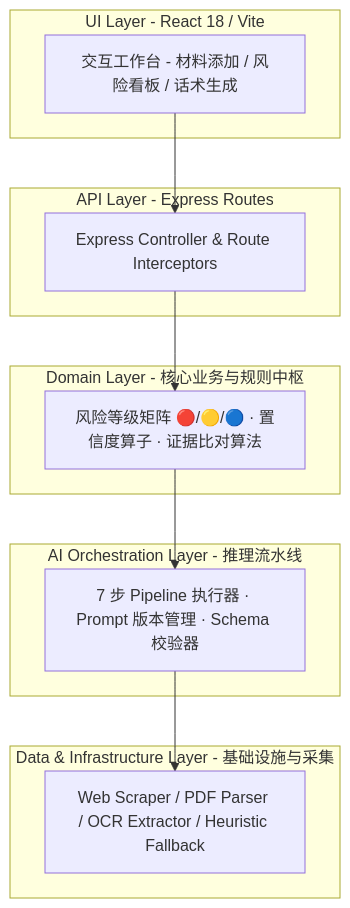
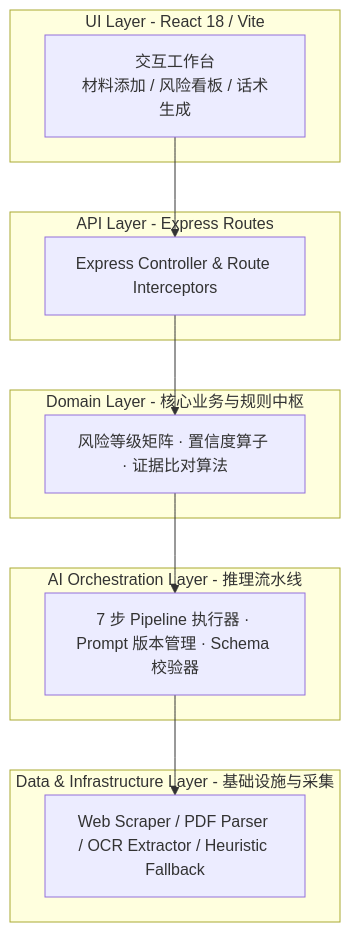
One commit to MeiSiristhebest/youju changed the first of 3 diagrams in README.md. Above: the diagram before and after it, drawn with Mermaid. The commit also changed other lines of this file and 1 other file, not shown here.

Commit message:
docs(readme): optimize zh + en; fix Mermaid (emoji→text, quotes), badges, add Security & Contributing, expected outputs

````diff
--- a/README.md
+++ b/README.md
@@ -32,27 +32,27 @@
 ```mermaid
 graph TD
-    subgraph Layer1 [UI Layer - React 18 / Vite]
-        UI[交互工作台 - 材料添加 / 风险看板 / 话术生成]
+    subgraph Layer1["UI Layer - React 18 / Vite"]
+        UI["交互工作台<br/>材料添加 / 风险看板 / 话术生成"]
     end
 
-    subgraph Layer2 [API Layer - Express Routes]
-        API[Express Controller & Route Interceptors]
+    subgraph Layer2["API Layer - Express Routes"]
+        API["Express Controller & Route Interceptors"]
     end
 
-    subgraph Layer3 [Domain Layer - 核心业务与规则中枢]
-        Domain[风险等级矩阵 🔴/🟡/🔵 · 置信度算子 · 证据比对算法]
+    subgraph Layer3["Domain Layer - 核心业务与规则中枢"]
+        Domain["风险等级矩阵 · 置信度算子 · 证据比对算法"]
     end
 
-    subgraph Layer4 [AI Orchestration Layer - 推理流水线]
-        Orchestration[7 步 Pipeline 执行器 · Prompt 版本管理 · Schema 校验器]
+    subgraph Layer4["AI Orchestration Layer - 推理流水线"]
+        Orchestration["7 步 Pipeline 执行器 · Prompt 版本管理 · Schema 校验器"]
     end
 
-    subgraph Layer5 [Data & Infrastructure Layer - 基础设施与采集]
-        Data[Web Scraper / PDF Parser / OCR Extractor / Heuristic Fallback]
+    subgraph Layer5["Data & Infrastructure Layer - 基础设施与采集"]
+        Data["Web Scraper / PDF Parser / OCR Extractor / Heuristic Fallback"]
     end
 
     UI --> API
     API --> Domain
     Domain --> Orchestration
     Orchestration --> Data
 ```
````
